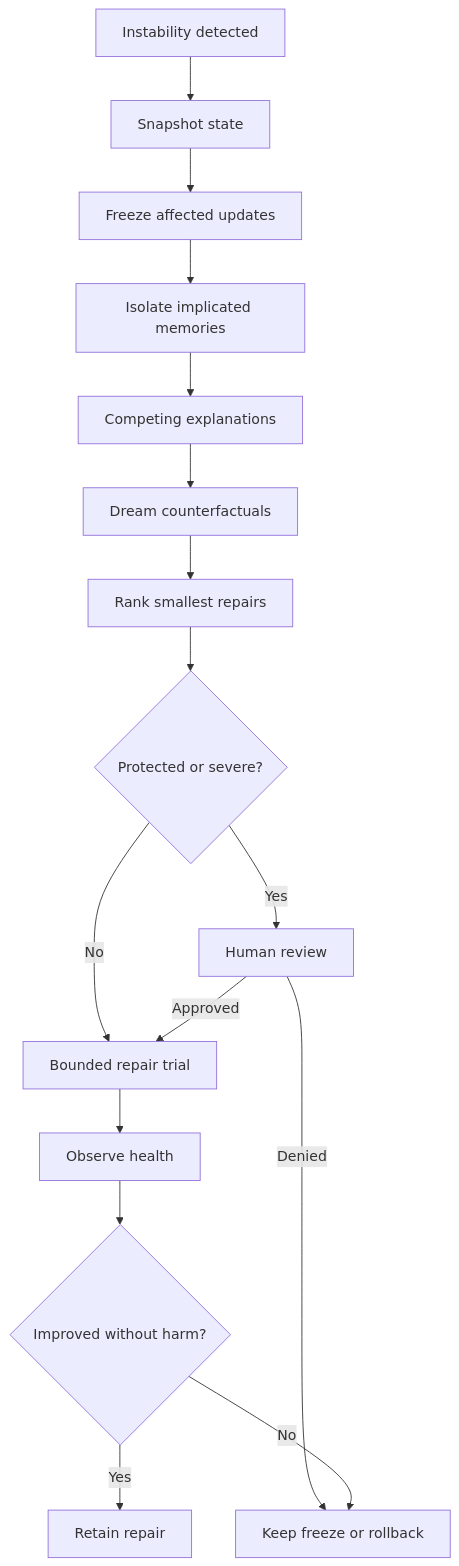
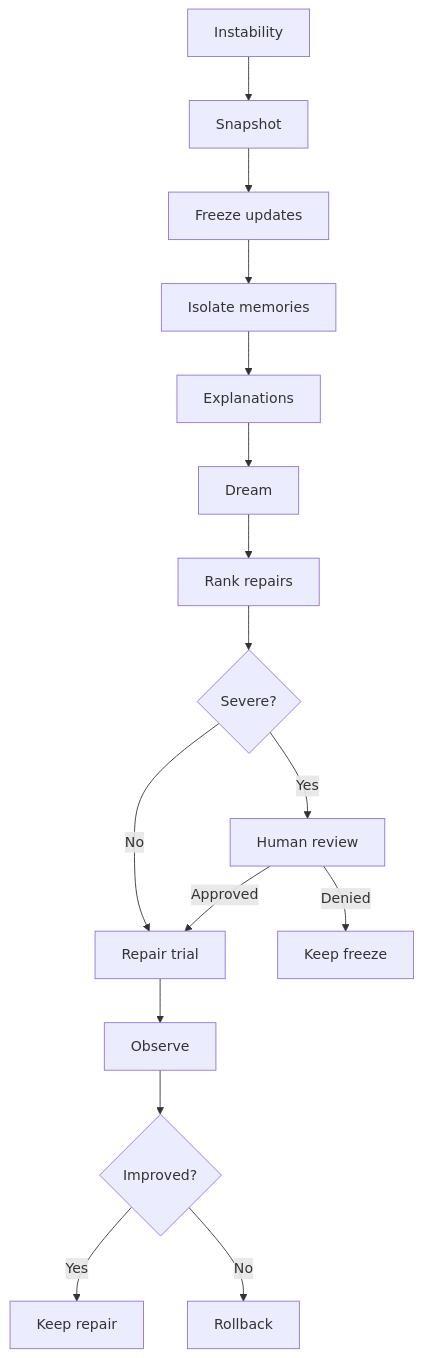
Before and after one commit to Azhonaras/soul-engine: the fifth of 8 diagrams in docs/ARCHITECTURE.md, drawn with Mermaid. The commit also changed other lines of this file and 4 other files, not shown here.

First line of the commit message:
docs: stop Mermaid labels from overlapping on GitHub.

````diff
--- a/docs/ARCHITECTURE.md
+++ b/docs/ARCHITECTURE.md
@@ -373,18 +339,18 @@
 ```mermaid
 flowchart TD
-    trigger["Instability detected"] --> snapshot["Snapshot state"]
-    snapshot --> freeze["Freeze affected updates"]
-    freeze --> isolate["Isolate implicated memories"]
-    isolate --> causes["Competing explanations"]
-    causes --> dreamSim["Dream counterfactuals"]
-    dreamSim --> rank["Rank smallest repairs"]
-    rank --> gate{"Protected or severe?"}
+    trigger["Instability"] --> snapshot["Snapshot"]
+    snapshot --> freeze["Freeze updates"]
+    freeze --> isolate["Isolate memories"]
+    isolate --> causes["Explanations"]
+    causes --> dreamSim["Dream"]
+    dreamSim --> rank["Rank repairs"]
+    rank --> gate{"Severe?"}
     gate -->|Yes| human["Human review"]
-    gate -->|No| trial["Bounded repair trial"]
+    gate -->|No| trial["Repair trial"]
     human -->|Approved| trial
-    human -->|Denied| hold["Keep freeze or rollback"]
-    trial --> observe["Observe health"]
-    observe --> better{"Improved without harm?"}
-    better -->|Yes| keep["Retain repair"]
-    better -->|No| hold
+    human -->|Denied| holdA["Keep freeze"]
+    trial --> observe["Observe"]
+    observe --> better{"Improved?"}
+    better -->|Yes| keep["Keep repair"]
+    better -->|No| holdB["Rollback"]
 ```
````
